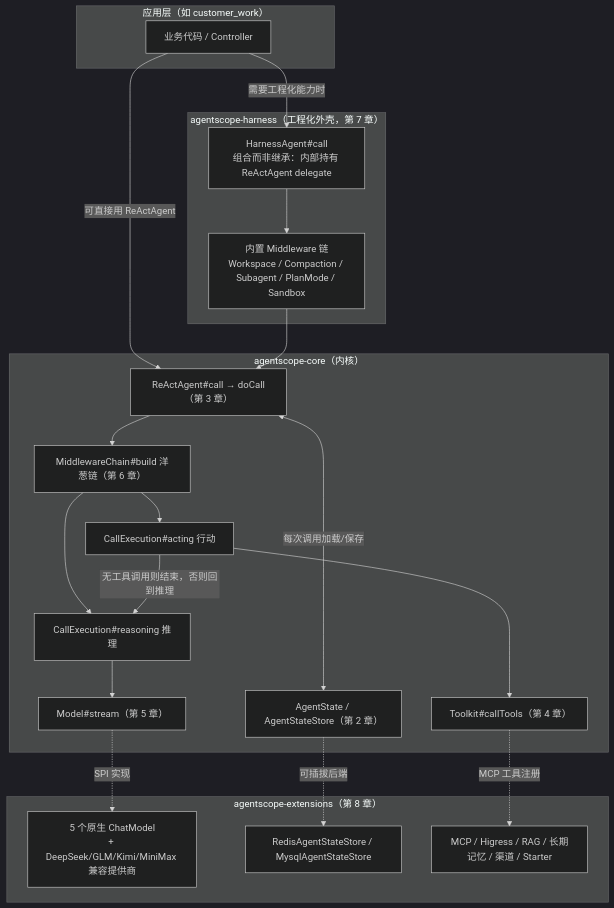
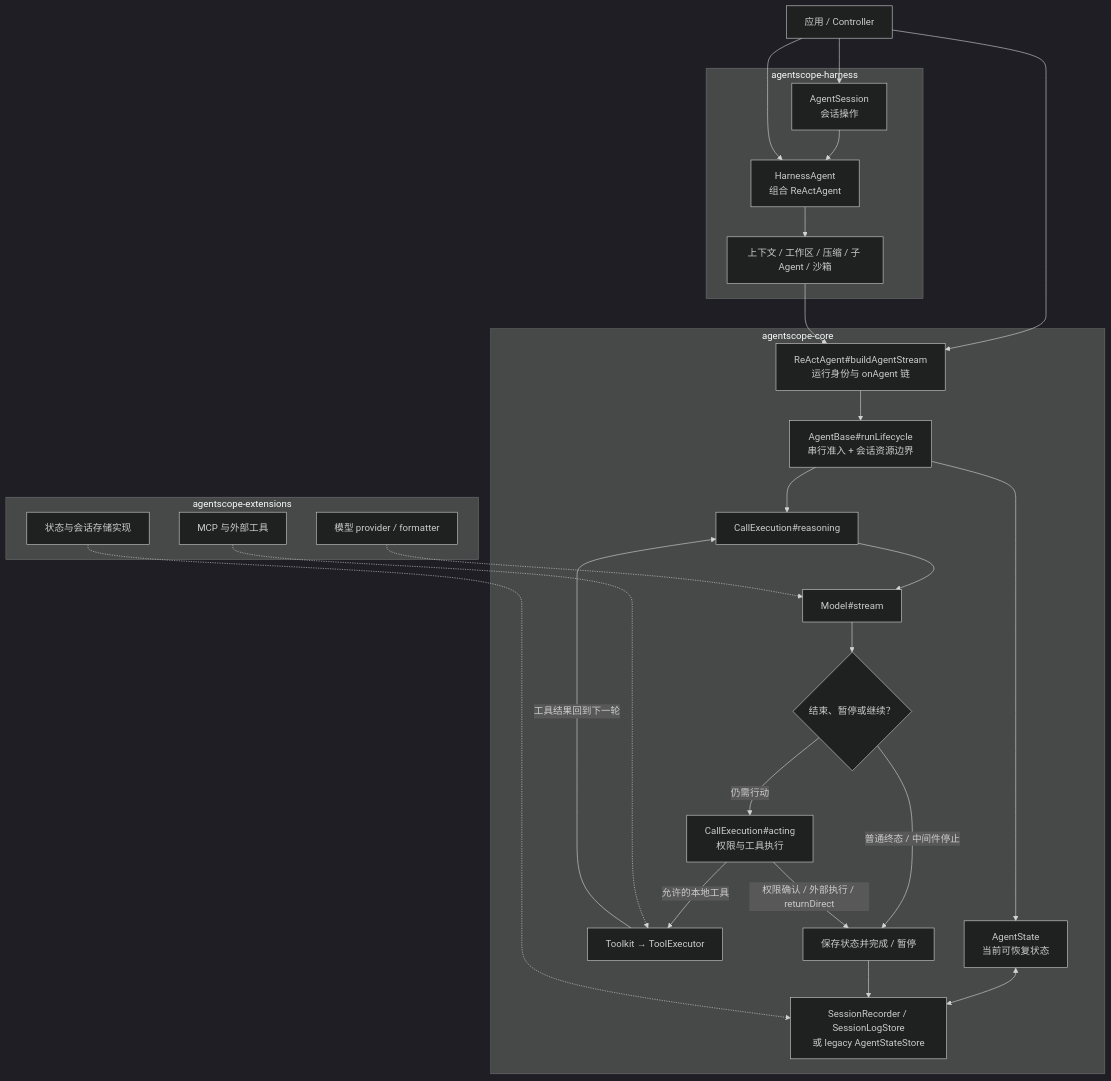
Before and after one commit to liulangjietou/AgentScope-source-analysis: the diagram in README.md, drawn with Mermaid (dark theme). The commit also changed other lines of this file and 13 other files, not shown here.

Commit message:
docs: align source guide and diagrams with main dcb131a3

````diff
--- a/README.md
+++ b/README.md
@@ -60,39 +46,47 @@
 ```mermaid
 flowchart TB
-    subgraph APP["应用层（如 customer_work）"]
-        USER["业务代码 / Controller"]
+    APP["应用 / Controller"]
+    subgraph HARNESS["agentscope-harness"]
+        SESSION["AgentSession<br/>会话操作"]
+        HA["HarnessAgent<br/>组合 ReActAgent"]
+        HMW["上下文 / 工作区 / 压缩 / 子 Agent / 沙箱"]
+        SESSION --> HA
+        HA --> HMW
     end
-
-    subgraph HARNESS["agentscope-harness（工程化外壳，第 7 章）"]
-        HA["HarnessAgent#call<br/>组合而非继承：内部持有 ReActAgent delegate"]
-        HMW["内置 Middleware 链<br/>Workspace / Compaction / Subagent / PlanMode / Sandbox"]
+    subgraph CORE["agentscope-core"]
+        RA["ReActAgent#buildAgentStream<br/>运行身份与 onAgent 链"]
+        LIFE["AgentBase#runLifecycle<br/>串行准入 + 会话资源边界"]
+        STATE["AgentState<br/>当前可恢复状态"]
+        STORE["SessionRecorder / SessionLogStore<br/>或 legacy AgentStateStore"]
+        REASON["CallExecution#reasoning"]
+        MODEL["Model#stream"]
+        CHECK{"结束、暂停或继续？"}
+        ACT["CallExecution#acting<br/>权限与工具执行"]
+        TK["Toolkit → ToolExecutor"]
+        DONE["保存状态并完成 / 暂停"]
     end
-
-    subgraph CORE["agentscope-core（内核）"]
-        RA["ReActAgent#call → doCall（第 3 章）"]
-        MWC["MiddlewareChain#build 洋葱链（第 6 章）"]
-        REASON["CallExecution#reasoning 推理"]
-        ACT["CallExecution#acting 行动"]
-        TK["Toolkit#callTools（第 4 章）"]
-        MODEL["Model#stream（第 5 章）"]
-        STATE["AgentState / AgentStateStore（第 2 章）"]
+    subgraph EXT["agentscope-extensions"]
+        PROVIDER["模型 provider / formatter"]
+        BACKEND["状态与会话存储实现"]
+        MCP["MCP 与外部工具"]
     end
-
-    subgraph EXT["agentscope-extensions（第 8 章）"]
-        PROVIDER["5 个原生 ChatModel<br/>+ DeepSeek/GLM/Kimi/MiniMax 兼容提供商"]
-        STORE["RedisAgentStateStore / MysqlAgentStateStore"]
-        MCP["MCP / Higress / RAG / 长期记忆 / 渠道 / Starter"]
-    end
-
-    USER -->|"可直接用 ReActAgent"| RA
-    USER -->|"需要工程化能力时"| HA
-    HA --> HMW --> RA
-    RA --> MWC
-    MWC --> REASON --> MODEL
-    MWC --> ACT --> TK
-    ACT -->|"无工具调用则结束，否则回到推理"| REASON
-    MODEL -.->|"SPI 实现"| PROVIDER
-    RA <-->|"每次调用加载/保存"| STATE
-    STATE -.->|"可插拔后端"| STORE
-    TK -.->|"MCP 工具注册"| MCP
+    APP --> SESSION
+    APP --> HA
+    APP --> RA
+    HMW --> RA
+    RA --> LIFE
+    LIFE --> STATE
+    STATE <--> STORE
+    LIFE --> REASON
+    REASON --> MODEL
+    MODEL --> CHECK
+    CHECK -->|"普通终态 / 中间件停止"| DONE
+    CHECK -->|"仍需行动"| ACT
+    ACT -->|"允许的本地工具"| TK
+    TK -->|"工具结果回到下一轮"| REASON
+    ACT -->|"权限确认 / 外部执行 / returnDirect"| DONE
+    DONE --> STORE
+    PROVIDER -.-> MODEL
+    BACKEND -.-> STORE
+    MCP -.-> TK
 ```
````
